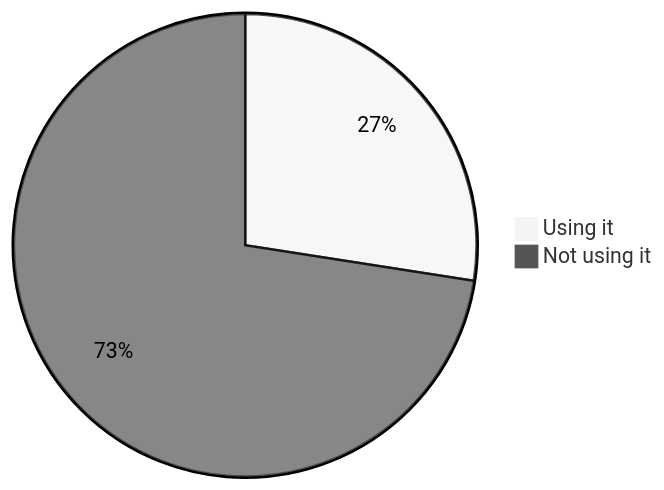
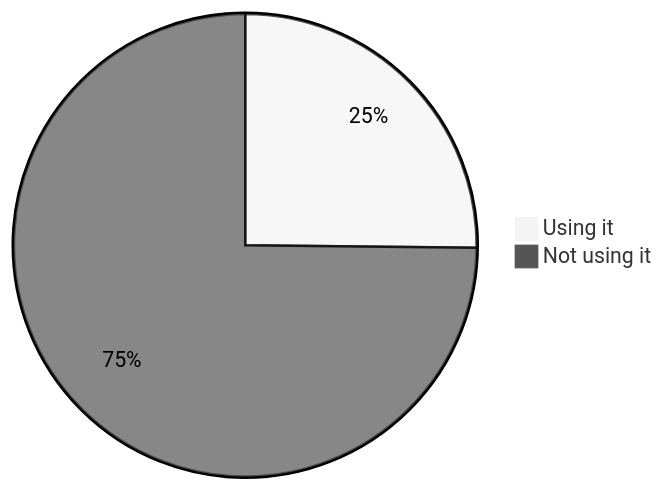
One commit to oshp/oshp-stats changed the third of 18 diagrams in stats.md. Above: the diagram before and after it, drawn with Mermaid (neutral theme). The commit also changed other lines of this file and 1 other file, not shown here.

````diff
--- a/stats.md
+++ b/stats.md
@@ -32,6 +32,6 @@
 ```mermaid
 pie
-	"Using it" : 27.45
-	"Not using it" : 72.55
+	"Using it" : 25.17
+	"Not using it" : 74.83
 
 ```
````
